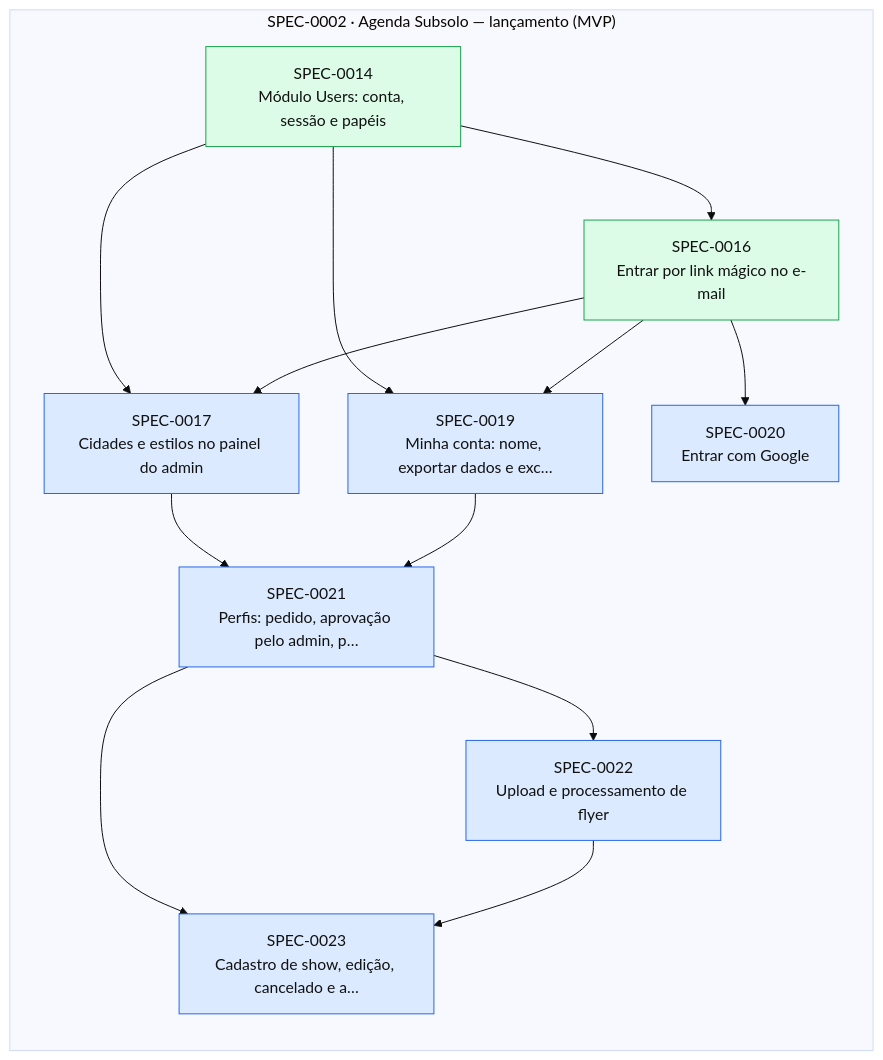
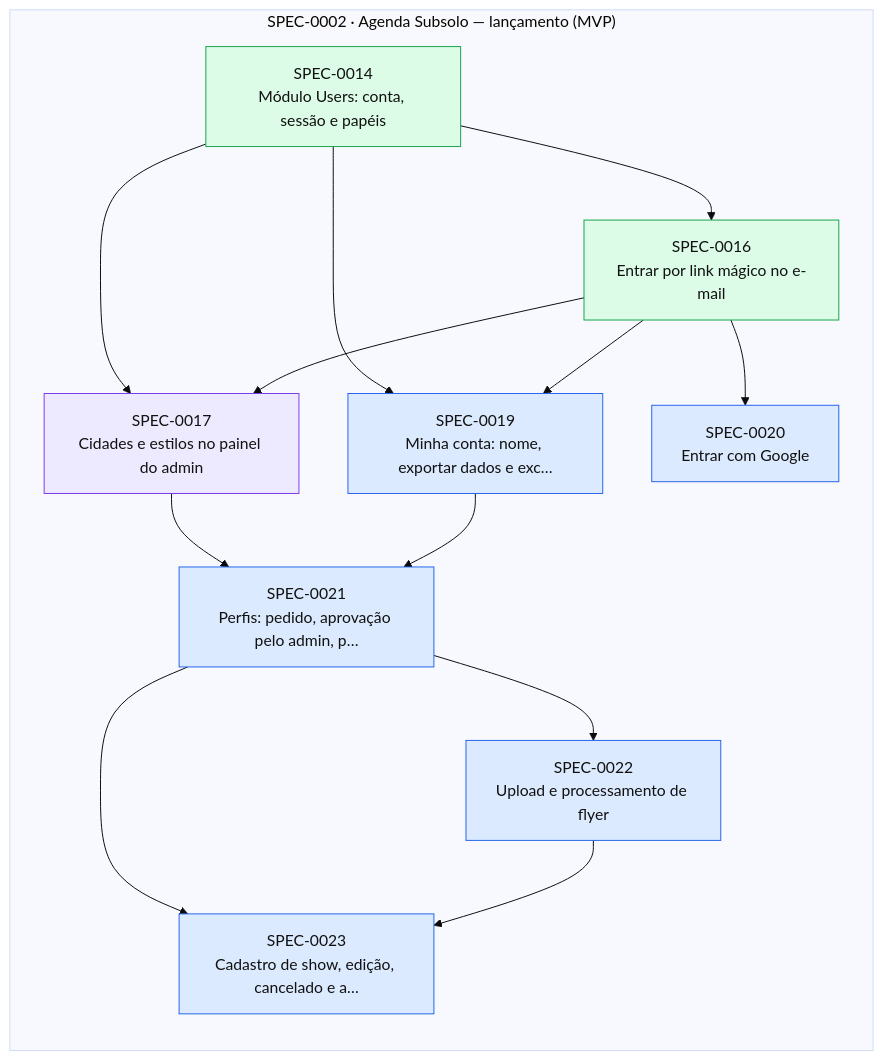
Before and after one commit to thomasravache/subsolo: the diagram in docs/specs/INDEX.md, drawn with Mermaid (base theme). The commit also changed other lines of this file and 6 other files, not shown here.

````diff
--- a/docs/specs/INDEX.md
+++ b/docs/specs/INDEX.md
@@ -70,29 +70,29 @@
 ```mermaid
 flowchart LR
   subgraph E0002["SPEC-0002 · Agenda Subsolo — lançamento (MVP)"]
     S0014["SPEC-0014<br/>Módulo Users: conta, sessão e papéis"]:::implemented
     S0016["SPEC-0016<br/>Entrar por link mágico no e-mail"]:::implemented
-    S0017["SPEC-0017<br/>Cidades e estilos no painel do admin"]:::approved
+    S0017["SPEC-0017<br/>Cidades e estilos no painel do admin"]:::inprogress
     S0019["SPEC-0019<br/>Minha conta: nome, exportar dados e exc…"]:::approved
     S0020["SPEC-0020<br/>Entrar com Google"]:::approved
     S0021["SPEC-0021<br/>Perfis: pedido, aprovação pelo admin, p…"]:::approved
     S0022["SPEC-0022<br/>Upload e processamento de flyer"]:::approved
     S0023["SPEC-0023<br/>Cadastro de show, edição, cancelado e a…"]:::approved
   end
   S0014 --> S0016
   S0014 --> S0017
   S0016 --> S0017
   S0014 --> S0019
   S0016 --> S0019
   S0016 --> S0020
   S0017 --> S0021
   S0019 --> S0021
   S0021 --> S0022
   S0021 --> S0023
   S0022 --> S0023
   classDef proposed fill:#fef3c7,stroke:#d97706,color:#111
   classDef approved fill:#dbeafe,stroke:#2563eb,color:#111
   classDef inprogress fill:#ede9fe,stroke:#7c3aed,color:#111
   classDef implemented fill:#dcfce7,stroke:#16a34a,color:#111
   classDef deprecated fill:#f3f4f6,stroke:#9ca3af,color:#6b7280
 ```
````
